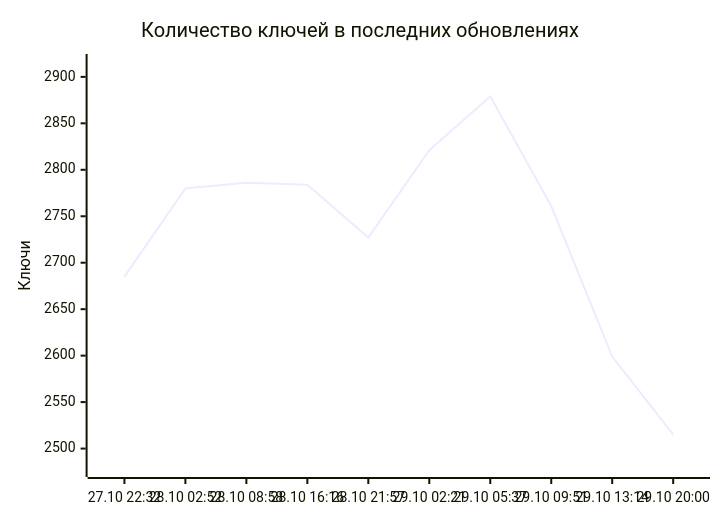
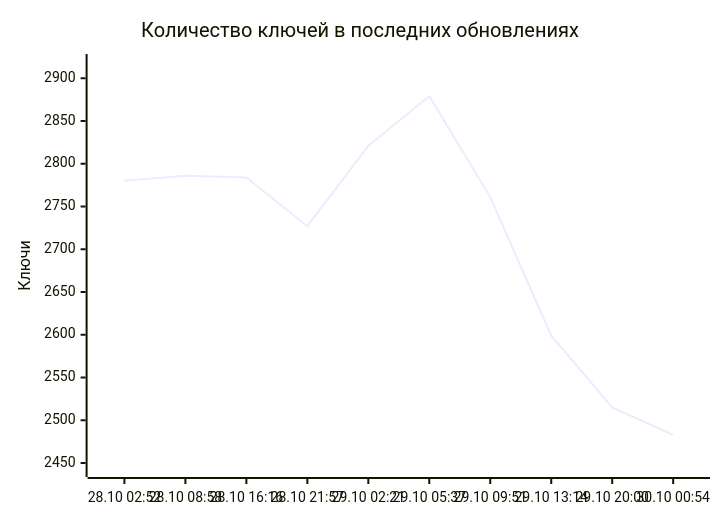
One commit to markKikhtenko/WireVeil changed the diagram in README.md. Above: the diagram before and after it, drawn with Mermaid. The commit also changed other lines of this file and 13 other files, not shown here.

````diff
--- a/README.md
+++ b/README.md
@@ -55,7 +55,7 @@
 ```mermaid
 xychart-beta
     title "Количество ключей в последних обновлениях"
-    x-axis ["27.10 22:32", "28.10 02:52", "28.10 08:58", "28.10 16:16", "28.10 21:57", "29.10 02:21", "29.10 05:37", "29.10 09:51", "29.10 13:14", "29.10 20:00"]
-    y-axis "Ключи" 2478 --> 2916
-    line [2685, 2780, 2786, 2784, 2727, 2821, 2879, 2761, 2599, 2515]
+    x-axis ["28.10 02:52", "28.10 08:58", "28.10 16:16", "28.10 21:57", "29.10 02:21", "29.10 05:37", "29.10 09:51", "29.10 13:14", "29.10 20:00", "30.10 00:54"]
+    y-axis "Ключи" 2443 --> 2919
+    line [2780, 2786, 2784, 2727, 2821, 2879, 2761, 2599, 2515, 2483]
 ```
````
